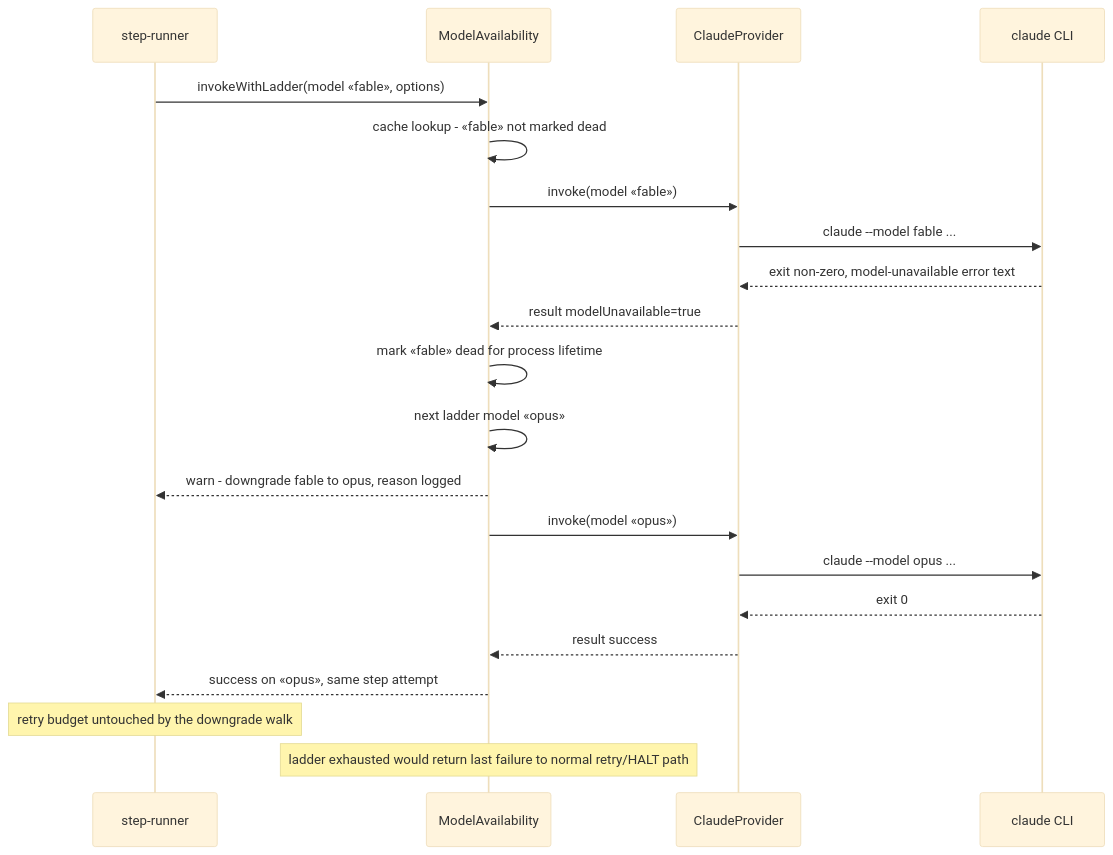
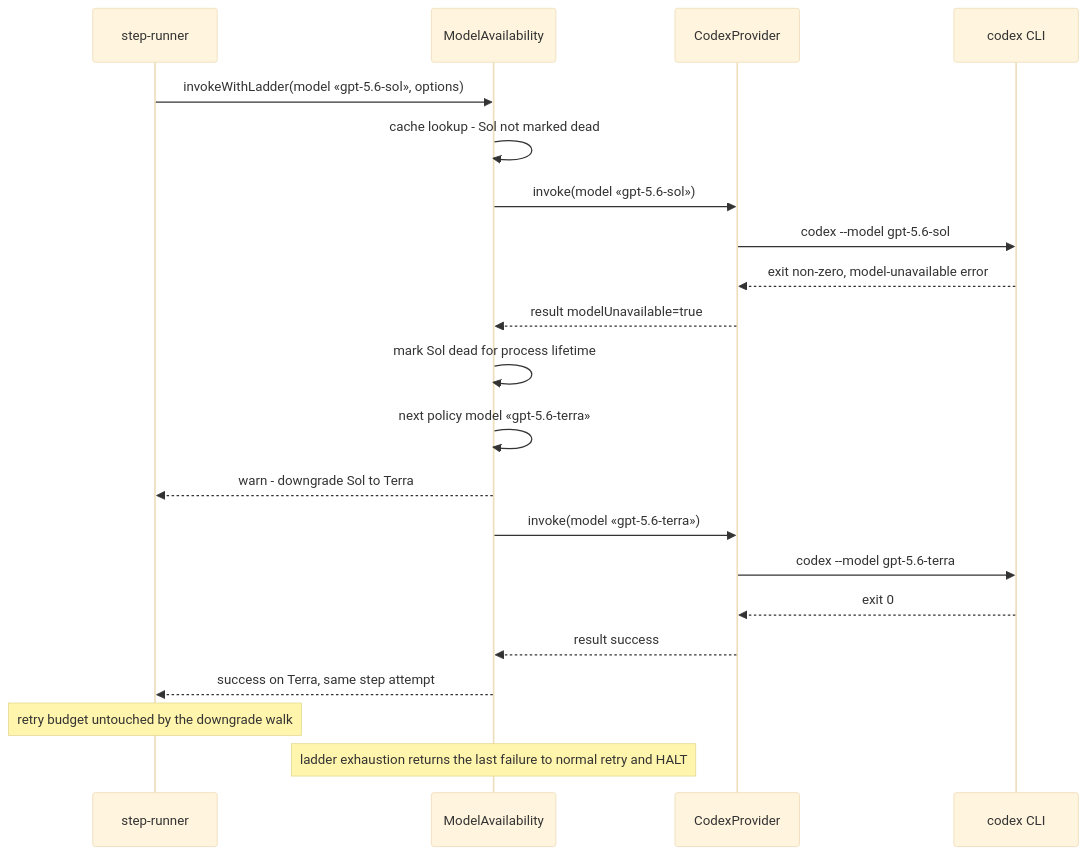
One commit to jstoup111/ai-conductor changed the second of 2 diagrams in .docs/architecture/model-availability-fallback-ladder.md. Above: the diagram before and after it, drawn with Mermaid (base theme). The commit also changed other lines of this file and 18 other files, not shown here.

Commit message:
docs: specify provider-aware model policy

````diff
--- a/.docs/architecture/model-availability-fallback-ladder.md
+++ b/.docs/architecture/model-availability-fallback-ladder.md
@@ -46,24 +49,24 @@
 ```mermaid
 sequenceDiagram
     participant SR as step-runner
     participant MA as ModelAvailability
-    participant CP as ClaudeProvider
-    participant CLI as claude CLI
+    participant SP as CodexProvider
+    participant CLI as codex CLI
 
-    SR->>MA: invokeWithLadder(model «fable», options)
-    MA->>MA: cache lookup - «fable» not marked dead
-    MA->>CP: invoke(model «fable»)
-    CP->>CLI: claude --model fable ...
-    CLI-->>CP: exit non-zero, model-unavailable error text
-    CP-->>MA: result modelUnavailable=true
-    MA->>MA: mark «fable» dead for process lifetime
-    MA->>MA: next ladder model «opus»
-    MA-->>SR: warn - downgrade fable to opus, reason logged
-    MA->>CP: invoke(model «opus»)
-    CP->>CLI: claude --model opus ...
-    CLI-->>CP: exit 0
-    CP-->>MA: result success
-    MA-->>SR: success on «opus», same step attempt
+    SR->>MA: invokeWithLadder(model «gpt-5.6-sol», options)
+    MA->>MA: cache lookup - Sol not marked dead
+    MA->>SP: invoke(model «gpt-5.6-sol»)
+    SP->>CLI: codex --model gpt-5.6-sol
+    CLI-->>SP: exit non-zero, model-unavailable error
+    SP-->>MA: result modelUnavailable=true
+    MA->>MA: mark Sol dead for process lifetime
+    MA->>MA: next policy model «gpt-5.6-terra»
+    MA-->>SR: warn - downgrade Sol to Terra
+    MA->>SP: invoke(model «gpt-5.6-terra»)
+    SP->>CLI: codex --model gpt-5.6-terra
+    CLI-->>SP: exit 0
+    SP-->>MA: result success
+    MA-->>SR: success on Terra, same step attempt
     Note over SR: retry budget untouched by the downgrade walk
-    Note over MA: ladder exhausted would return last failure to normal retry/HALT path
+    Note over MA: ladder exhaustion returns the last failure to normal retry and HALT
 ```
````
